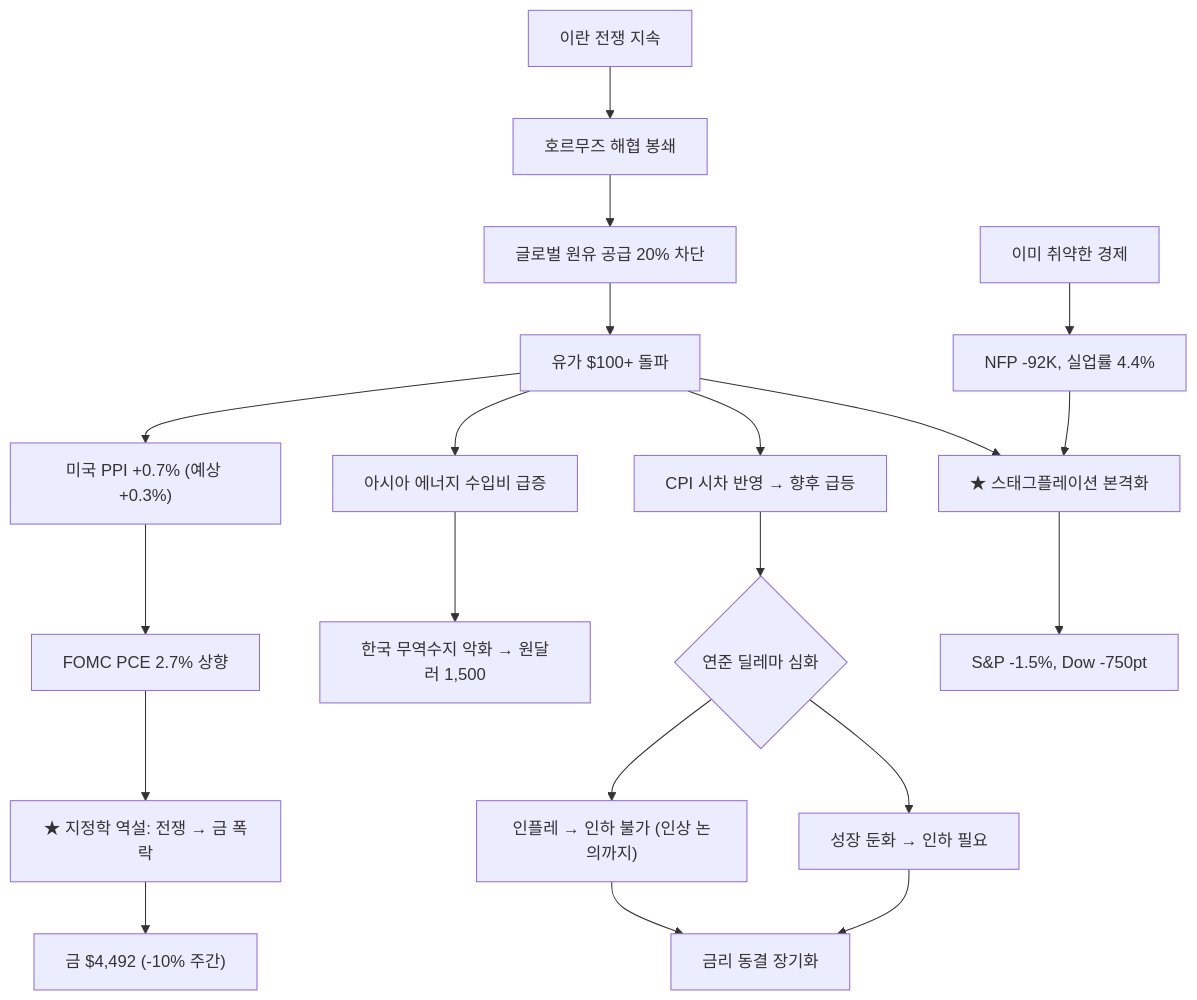
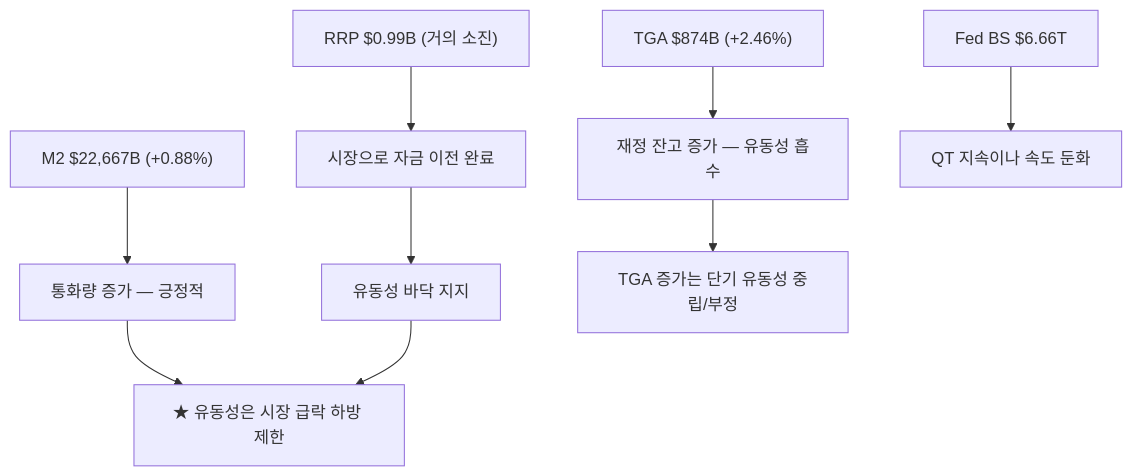
Before and after one commit to dss99911/dss99911.github.io: the seventh of 11 diagrams in _posts/knowledge/invest/2026-01-12-macroeconomic-policy-sector-outlook-2026.md, drawn with Mermaid. The commit also changed other lines of this file and 3 other files, not shown here.

First line of the commit message:
투자 데일리 트랙킹 3/28: WTI $100 목전, Fed 인상 52%, 호르무즈 톨부스

````diff
--- a/_posts/knowledge/invest/2026-01-12-macroeconomic-policy-sector-outlook-2026.md
+++ b/_posts/knowledge/invest/2026-01-12-macroeconomic-policy-sector-outlook-2026.md
@@ -264,22 +240,11 @@
 ```mermaid
 graph TD
-    A["이란 전쟁 지속"] --> B["호르무즈 해협 봉쇄"]
-    B --> C["글로벌 원유 공급 20% 차단"]
-    C --> D["유가 $100+ 돌파"]
-    D --> E["미국 PPI +0.7% #40;예상 +0.3%#41;"]
-    D --> F["아시아 에너지 수입비 급증"]
-    D --> G["CPI 시차 반영 → 향후 급등"]
-    E --> H["FOMC PCE 2.7% 상향"]
-    F --> I["한국 무역수지 악화 → 원달러 1,500"]
-    G --> J{"연준 딜레마 심화"}
-    J --> K["인플레 → 인하 불가 #40;인상 논의까지#41;"]
-    J --> L["성장 둔화 → 인하 필요"]
-    K --> M["금리 동결 장기화"]
-    L --> M
-    H --> N["★ 지정학 역설: 전쟁 → 금 폭락"]
-    N --> O["금 $4,492 #40;-10% 주간#41;"]
-    Q["이미 취약한 경제"] --> R["NFP -92K, 실업률 4.4%"]
-    R --> S["★ 스태그플레이션 본격화"]
-    D --> S
-    S --> T["S&P -1.5%, Dow -750pt"]
+    A["M2 $22,667B #40;+0.88%#41;"] --> B["통화량 증가 — 긍정적"]
+    C["RRP $0.99B #40;거의 소진#41;"] --> D["시장으로 자금 이전 완료"]
+    D --> E["유동성 바닥 지지"]
+    F["TGA $874B #40;+2.46%#41;"] --> G["재정 잔고 증가 — 유동성 흡수"]
+    H["Fed BS $6.66T"] --> I["QT 지속이나 속도 둔화"]
+    B --> J["★ 유동성은 시장 급락 하방 제한"]
+    E --> J
+    G --> K["TGA 증가는 단기 유동성 중립/부정"]
 ```
````
